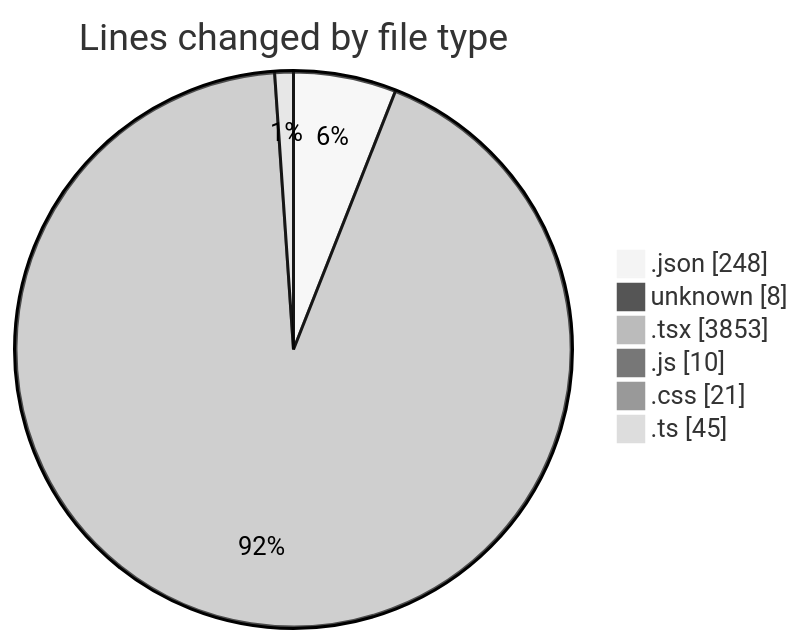
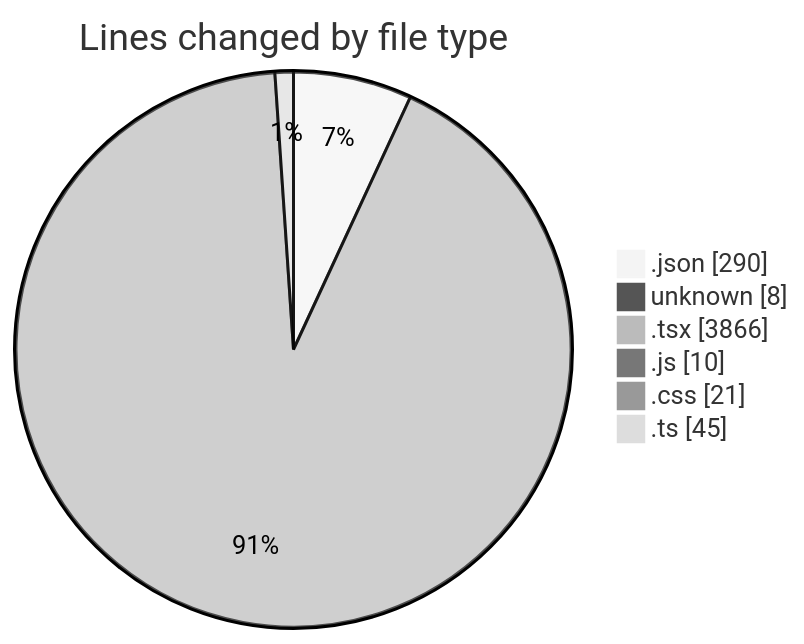
Before and after one commit to Elitesun/code-tracking: the first of 2 diagrams in 2025-05-02/niten/README.md, drawn with Mermaid (neutral theme). The commit also changed other lines of this file and 1 other file, not shown here.

````diff
--- a/2025-05-02/niten/README.md
+++ b/2025-05-02/niten/README.md
@@ -51,10 +51,10 @@
 ```mermaid
 pie showData
 title Lines changed by file type
-".json" : 248
+".json" : 290
 "unknown" : 8
-".tsx" : 3853
+".tsx" : 3866
 ".js" : 10
 ".css" : 21
 ".ts" : 45
 ```
````
